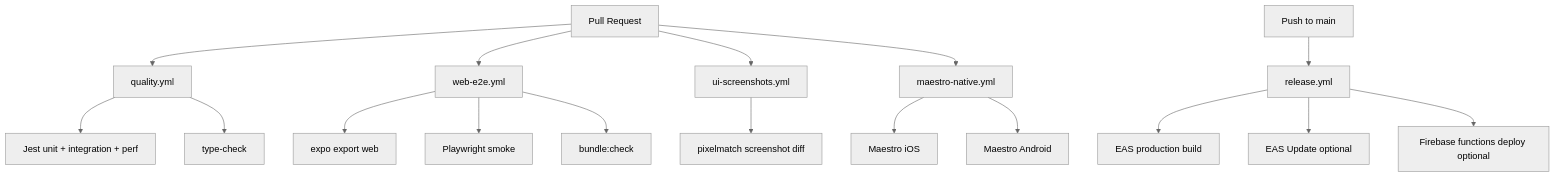
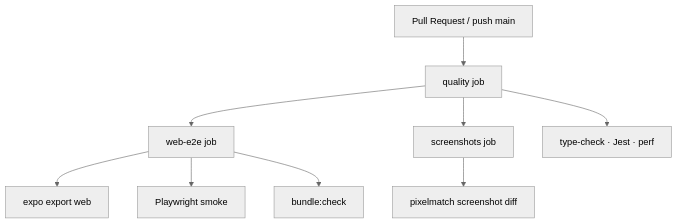
Before and after one commit to ansarrnd/community-app: the diagram in docs/CI_CD_PLAN.md, drawn with Mermaid (neutral theme). The commit also changed other lines of this file and 10 other files, not shown here.

First line of the commit message:
Enable only GitHub Actions ci.yml; disable Maestro, EAS release, and split workflows

````diff
--- a/docs/CI_CD_PLAN.md
+++ b/docs/CI_CD_PLAN.md
@@ -22,19 +21,11 @@
 ```mermaid
 flowchart TD
-  PR[Pull Request] --> Q[quality.yml]
-  PR --> W[web-e2e.yml]
-  PR --> S[ui-screenshots.yml]
-  PR --> M[maestro-native.yml]
-  Q --> Jest[Jest unit + integration + perf]
-  Q --> TSC[type-check]
+  PR[Pull Request / push main] --> Q[quality job]
+  Q --> W[web-e2e job]
+  Q --> S[screenshots job]
+  Q --> Jest[type-check · Jest · perf]
   W --> WebBuild[expo export web]
   W --> PW[Playwright smoke]
   W --> Bundle[bundle:check]
   S --> Pixel[pixelmatch screenshot diff]
-  M --> MaestroIOS[Maestro iOS]
-  M --> MaestroAndroid[Maestro Android]
-  Main[Push to main] --> Rel[release.yml]
-  Rel --> EASBuild[EAS production build]
-  Rel --> OTA[EAS Update optional]
-  Rel --> Fns[Firebase functions deploy optional]
 ```
````
